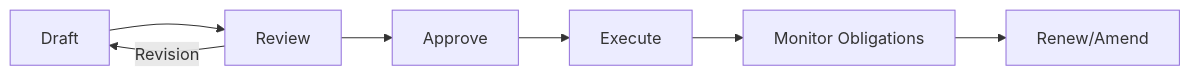
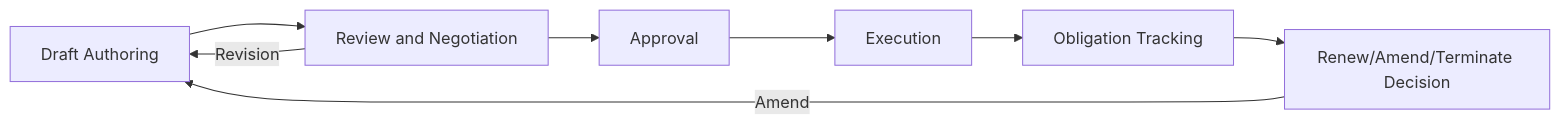
One commit to MichaelTimbes/solution-cookbook changed the diagram in playbooks/contract-management-system/diagrams/lifecycle-flow.mmd. Above: the diagram before and after it, drawn with Mermaid. The commit also changed 60 other files, not shown here.

```diff
--- a/playbooks/contract-management-system/diagrams/lifecycle-flow.mmd
+++ b/playbooks/contract-management-system/diagrams/lifecycle-flow.mmd
@@ -1,10 +1,13 @@
+%% Contract Management lifecycle flow
+%% Shows progression from draft through execution and renewal decisions.
 flowchart LR
-    Draft[Draft]
-    Review[Review]
-    Approve[Approve]
-    Execute[Execute]
-    Monitor[Monitor Obligations]
-    Renew[Renew/Amend]
+    Draft[Draft Authoring]
+    Review[Review and Negotiation]
+    Approve[Approval]
+    Execute[Execution]
+    Track[Obligation Tracking]
+    Decision[Renew/Amend/Terminate Decision]
 
-    Draft --> Review --> Approve --> Execute --> Monitor --> Renew
+    Draft --> Review --> Approve --> Execute --> Track --> Decision
     Review -->|Revision| Draft
+    Decision -->|Amend| Draft
```
